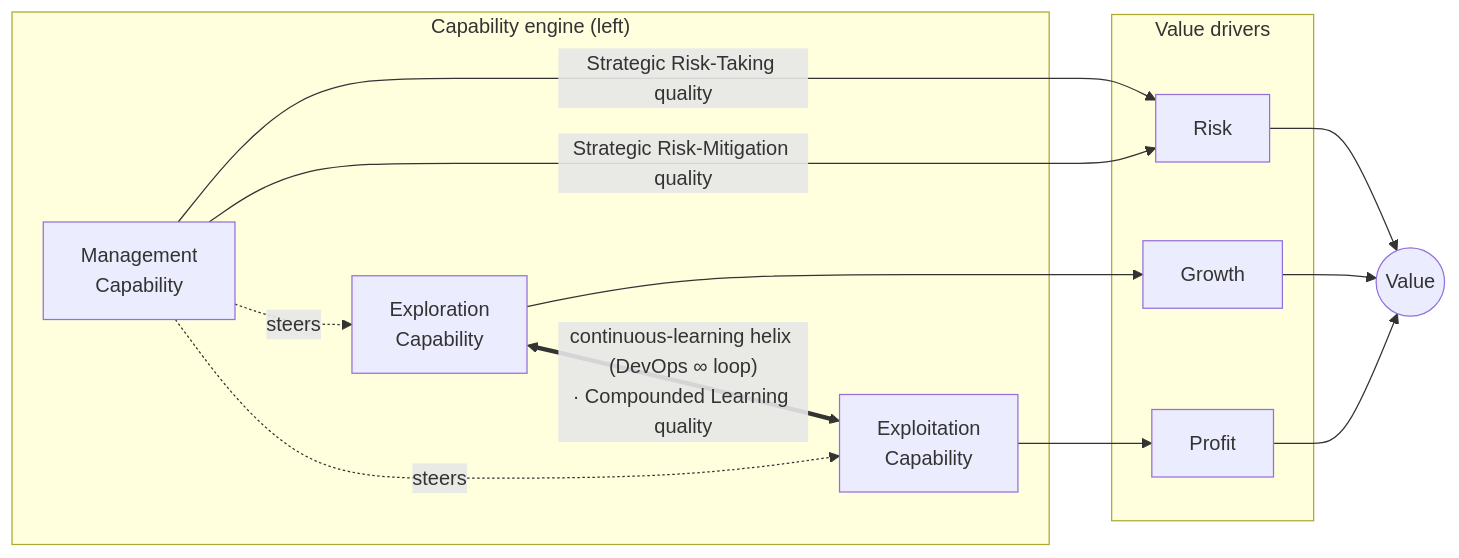
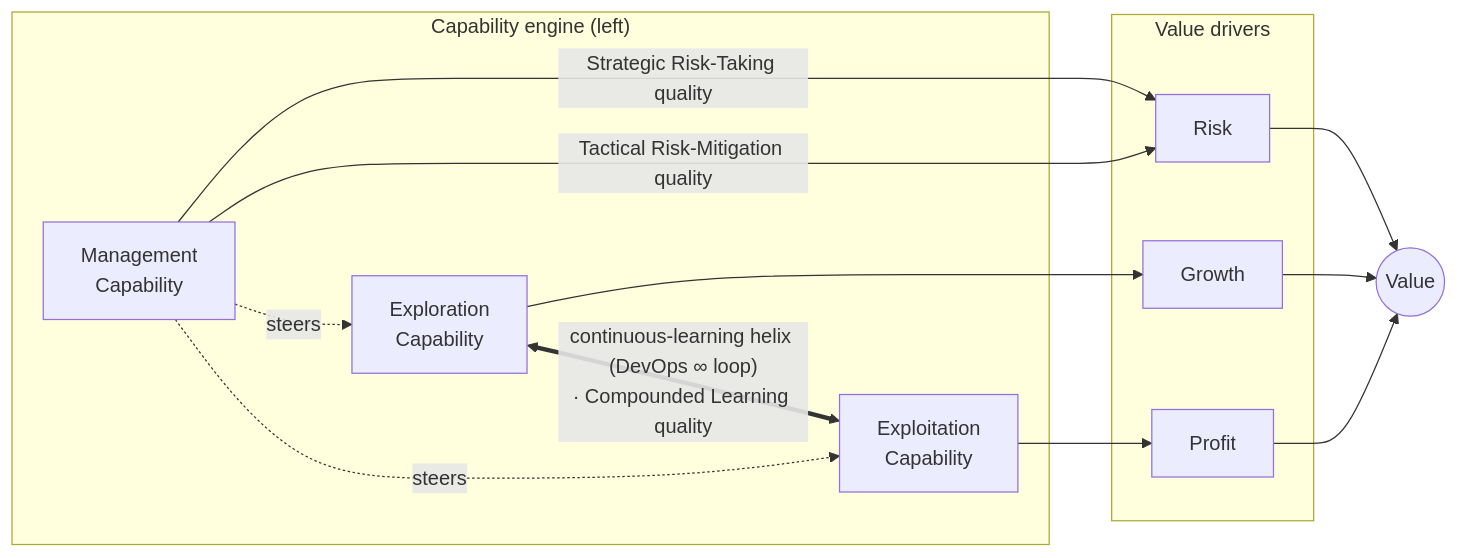
Before and after one commit to businessdatasolutions/cmr-wiki: the diagram in wiki/concepts/cmr-framework.md, drawn with Mermaid. The commit also changed other lines of this file, not shown here.

Commit message:
fix(cmr-framework): rename mitigation quality Strategic → Tactical Risk-Mitigation
Mitigation is the tactical risk mode (taking = strategic, mitigation =
tactical). Updated the Management→Risk diagram edge label and the
Quality-modulators bullet to match.

````diff
--- a/wiki/concepts/cmr-framework.md
+++ b/wiki/concepts/cmr-framework.md
@@ -48,26 +48,26 @@
 ```mermaid
 flowchart LR
   subgraph ENGINE["Capability engine (left)"]
     EXPL["Exploration<br/>Capability"]
     EXPT["Exploitation<br/>Capability"]
     MGMT["Management<br/>Capability"]
   end
   subgraph DRIVERS["Value drivers"]
     GROW["Growth"]
     PROF["Profit"]
     RISK["Risk"]
   end
   VAL(("Value"))
 
   EXPL --> GROW
   EXPT --> PROF
   MGMT -- "Strategic Risk-Taking quality" --> RISK
-  MGMT -- "Strategic Risk-Mitigation quality" --> RISK
+  MGMT -- "Tactical Risk-Mitigation quality" --> RISK
   MGMT -.->|steers| EXPL
   MGMT -.->|steers| EXPT
   GROW --> VAL
   PROF --> VAL
   RISK --> VAL
 
   EXPL <== "continuous-learning helix (DevOps ∞ loop)<br/>· Compounded Learning quality" ==> EXPT
 ```
````
